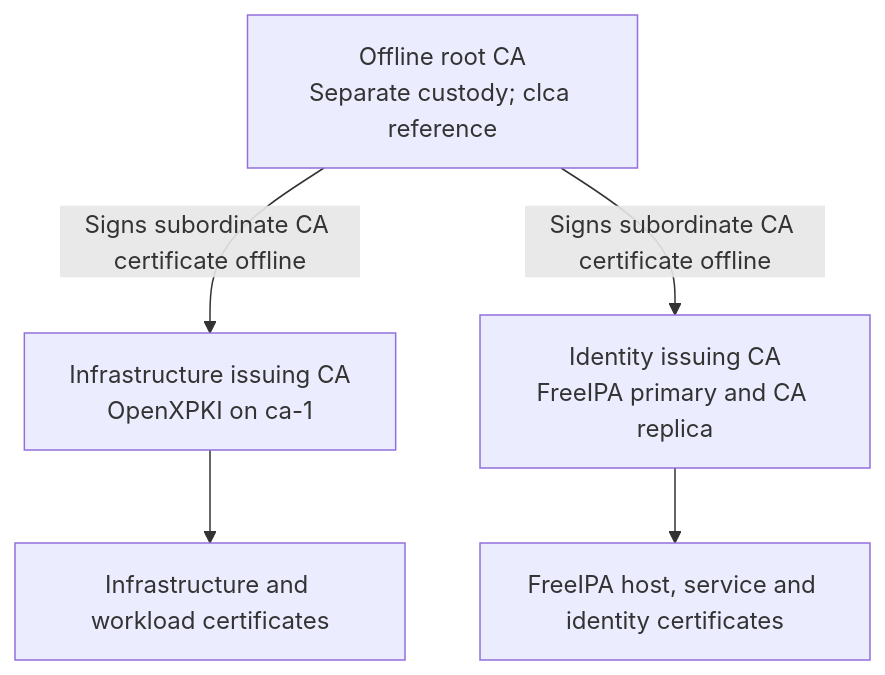
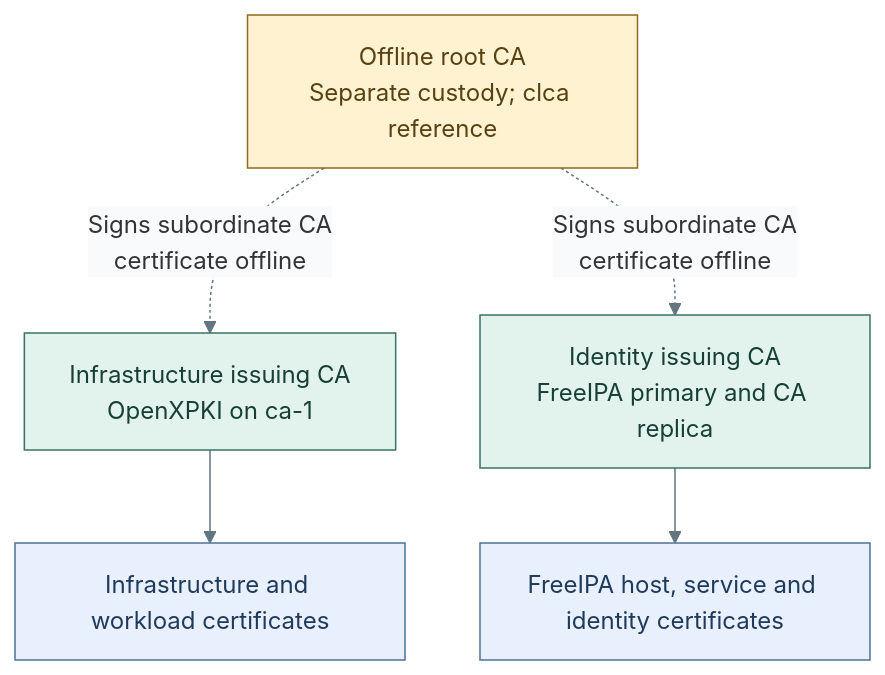
One commit to Rexus/homelab changed the first of 2 diagrams in docs/architecture/cryptography/certificate-authority.md. Above: the diagram before and after it, drawn with Mermaid. The commit also changed other lines of this file and 49 other files, not shown here.

Commit message:
docs(diagrams): clarify tier layouts and visual styles

````diff
--- a/docs/architecture/cryptography/certificate-authority.md
+++ b/docs/architecture/cryptography/certificate-authority.md
@@ -21,12 +21,20 @@
 ```mermaid
+%%{init: {"theme":"base","themeVariables":{"lineColor":"#627581","edgeLabelBackground":"#f8fafc"}}}%%
 flowchart TB
   Root["Offline root CA<br/>Separate custody; clca reference"]
   Infrastructure["Infrastructure issuing CA<br/>OpenXPKI on ca-1"]
   Identity["Identity issuing CA<br/>FreeIPA primary and CA replica"]
   Services["Infrastructure and workload certificates"]
   Hosts["FreeIPA host, service and identity certificates"]
-  Root -->|Signs subordinate CA certificate offline| Infrastructure
-  Root -->|Signs subordinate CA certificate offline| Identity
+  Root -.->|Signs subordinate CA<br/>certificate offline| Infrastructure
+  Root -.->|Signs subordinate CA<br/>certificate offline| Identity
   Infrastructure --> Services
   Identity --> Hosts
+  classDef default fill:#f8fafc,stroke:#64748b,color:#1f2937
+  classDef custody fill:#fff2d1,stroke:#926820,color:#584013
+  classDef control fill:#e2f3ed,stroke:#397366,color:#173f36
+  classDef services fill:#e7f0fc,stroke:#4d719b,color:#203a5b
+  class Root custody
+  class Infrastructure,Identity control
+  class Services,Hosts services
 ```
````
